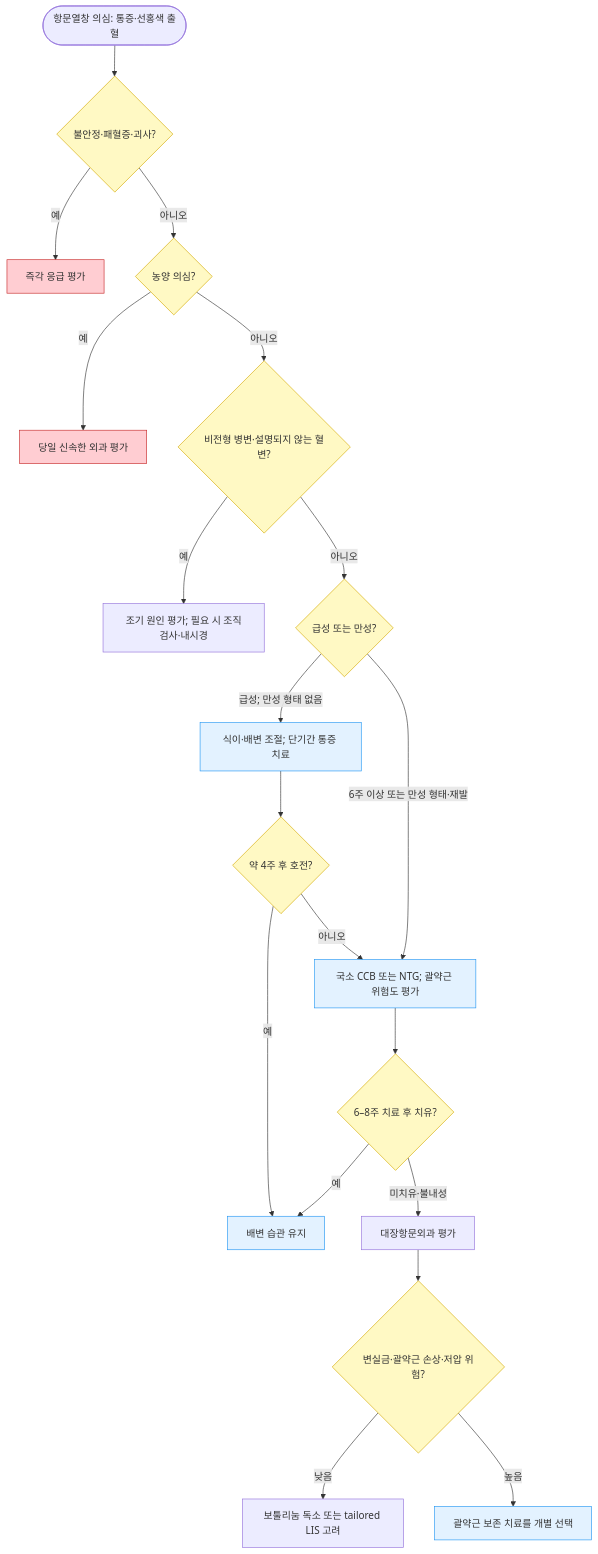
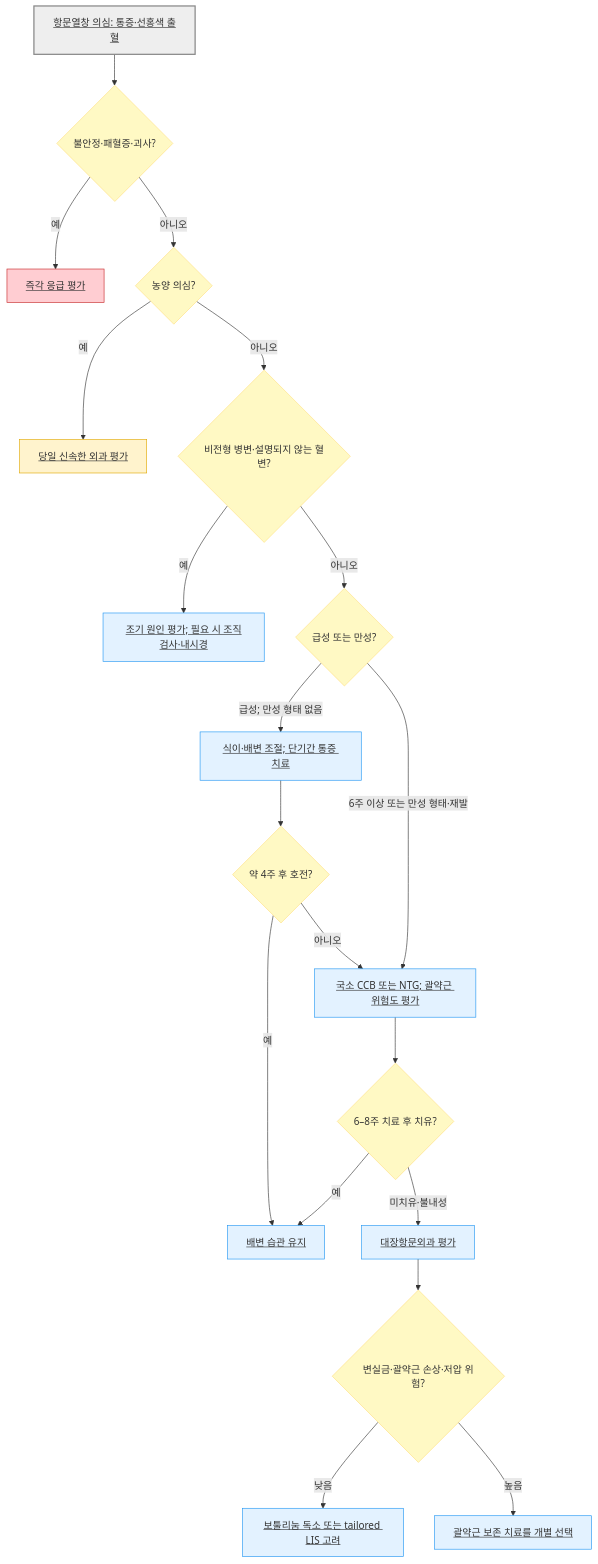
One commit to familyoh77/familyoh77 changed the diagram in 224_/090_-anal-fissure.md. Above: the diagram before and after it, drawn with Mermaid. The commit also changed other lines of this file and 8 other files, not shown here.

````diff
--- a/224_/090_-anal-fissure.md
+++ b/224_/090_-anal-fissure.md
@@ -92,27 +92,29 @@
 ```mermaid
-graph TD
-    A(["항문열창 의심: 통증·선홍색 출혈"]) --> B{"불안정·패혈증·괴사?"}
-    B -- "예" --> U["즉각 응급 평가"]
+flowchart TD
+    A["<u>항문열창 의심: 통증·선홍색 출혈</u>"] --> B{"불안정·패혈증·괴사?"}
+    B -- "예" --> U["<u>즉각 응급 평가</u>"]
     B -- "아니오" --> V{"농양 의심?"}
-    V -- "예" --> W["당일 신속한 외과 평가"]
+    V -- "예" --> W["<u>당일 신속한 외과 평가</u>"]
     V -- "아니오" --> C{"비전형 병변·설명되지 않는 혈변?"}
-    C -- "예" --> N["조기 원인 평가; 필요 시 조직검사·내시경"]
+    C -- "예" --> N["<u>조기 원인 평가; 필요 시 조직검사·내시경</u>"]
     C -- "아니오" --> D{"급성 또는 만성?"}
-    D -- "급성; 만성 형태 없음" --> E["식이·배변 조절; 단기간 통증 치료"]
-    D -- "6주 이상 또는 만성 형태·재발" --> G["국소 CCB 또는 NTG; 괄약근 위험도 평가"]
+    D -- "급성; 만성 형태 없음" --> E["<u>식이·배변 조절; 단기간 통증 치료</u>"]
+    D -- "6주 이상 또는 만성 형태·재발" --> G["<u>국소 CCB 또는 NTG; 괄약근 위험도 평가</u>"]
     E --> F{"약 4주 후 호전?"}
-    F -- "예" --> Z["배변 습관 유지"]
+    F -- "예" --> Z["<u>배변 습관 유지</u>"]
     F -- "아니오" --> G
     G --> H{"6–8주 치료 후 치유?"}
     H -- "예" --> Z
-    H -- "미치유·불내성" --> I["대장항문외과 평가"]
+    H -- "미치유·불내성" --> I["<u>대장항문외과 평가</u>"]
     I --> K{"변실금·괄약근 손상·저압 위험?"}
-    K -- "낮음" --> L["보툴리눔 독소 또는 tailored LIS 고려"]
-    K -- "높음" --> J["괄약근 보존 치료를 개별 선택"]
+    K -- "낮음" --> L["<u>보툴리눔 독소 또는 tailored LIS 고려</u>"]
+    K -- "높음" --> J["<u>괄약근 보존 치료를 개별 선택</u>"]
     classDef red fill:#ffcdd2,stroke:#c62828
-    class U,W red
-    classDef yellow fill:#fff9c4,stroke:#d4a900
-    class B,V,C,D,F,H,K yellow
+    class U red
+    style W fill:#fff3cd,stroke:#e0a800
+    classDef question fill:#fff9c4,stroke:#ffe082
+    class B,V,C,D,F,H,K question
     classDef blue fill:#e3f2ff,stroke:#2196f3
-    class E,G,J,Z blue
+    class E,G,J,Z,I,L,N blue
+    style A fill:#eeeeee,stroke:#888888,stroke-width:2px
 ```
````
